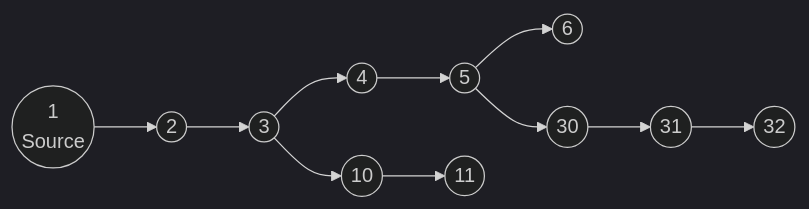
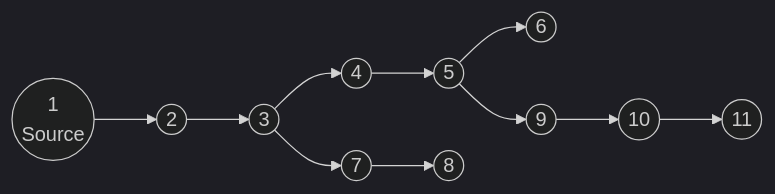
One commit to julien-fontan/HeatPilot-RL changed the diagram in README.md. Above: the diagram before and after it, drawn with Mermaid (dark theme). The commit also changed other lines of this file and 751 other files, not shown here.

````diff
--- a/README.md
+++ b/README.md
@@ -22,15 +22,15 @@
 ```mermaid
 graph LR
     1((1<br/>Source)) --> 2((2))
     2 --> 3((3))
     3 --> 4((4))
     4 --> 5((5))
     5 --> 6((6))
 
-    3 --> 10((10))
+    3 --> 7((7))
+    7 --> 8((8))
+
+    5 --> 9((9))
+    9 --> 10((10))
     10 --> 11((11))
-
-    5 --> 30((30))
-    30 --> 31((31))
-    31 --> 32((32))
 ```
````
